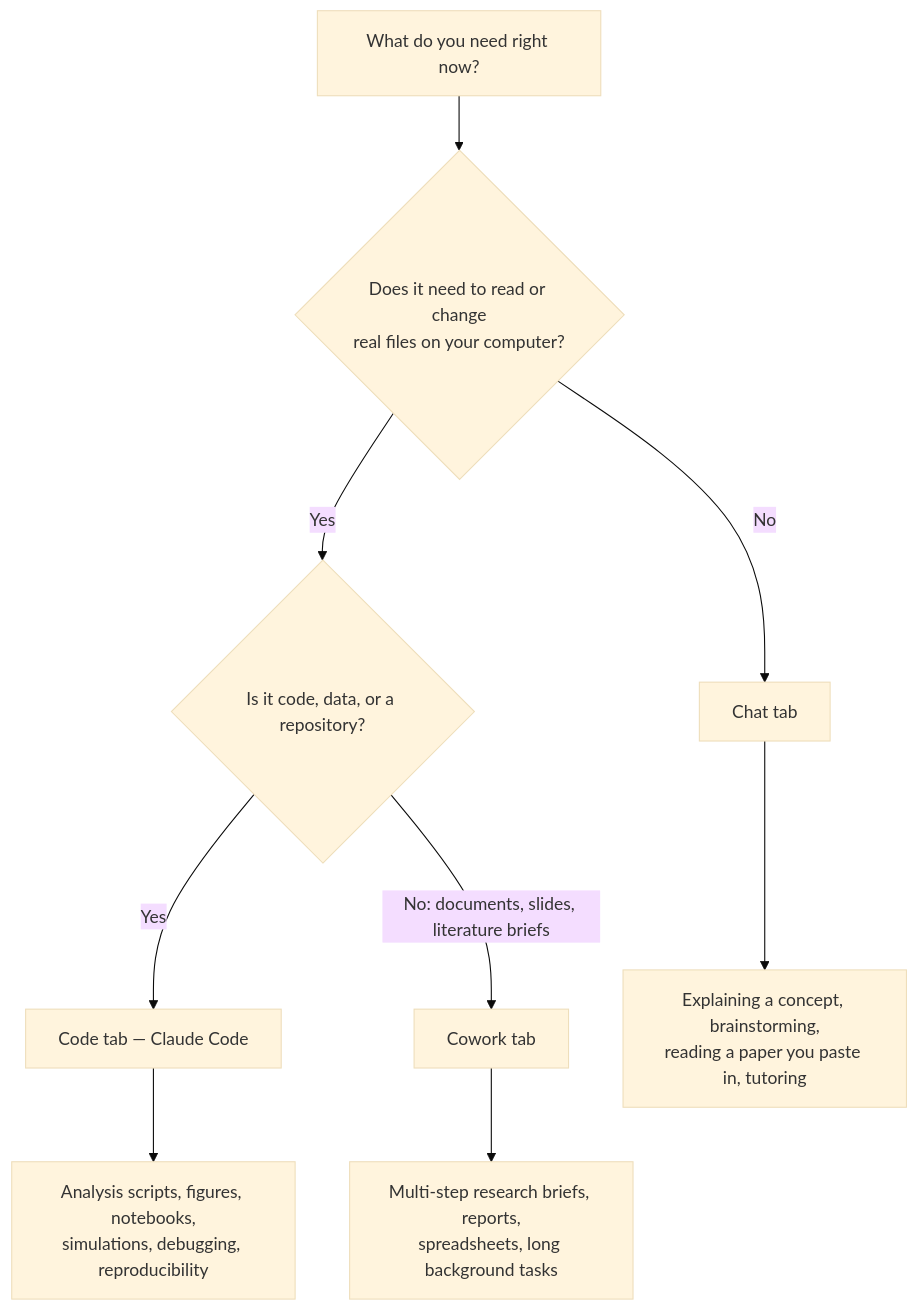
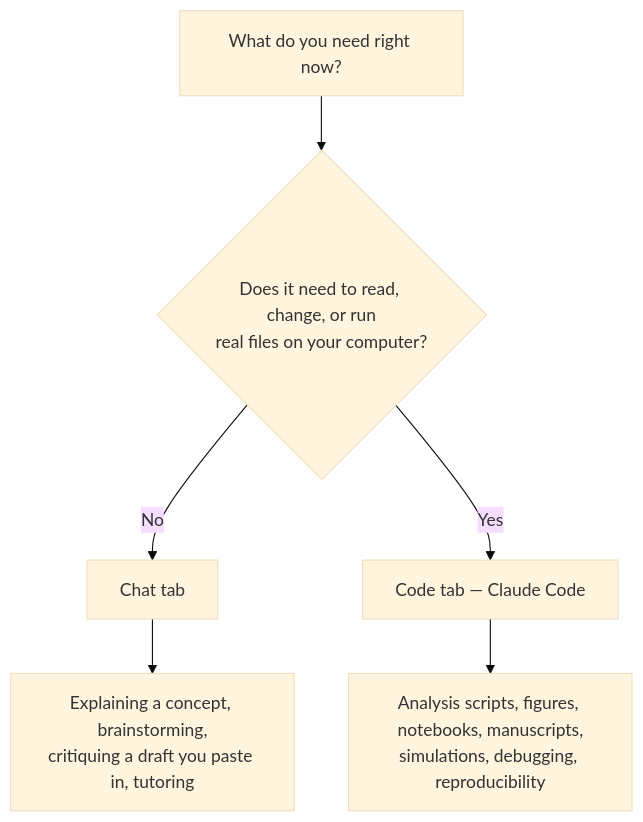
The first of 5 diagrams in Intro_to_Agentic_Workflows_for_Researchers/CLAUDE_CODE_FOR_RESEARCHERS.md (GDS-Education-Community-of-Practice/DSECOP), drawn with Mermaid (base theme) before and after one commit. The commit also changed other lines of this file and 2 other files, not shown here.

Commit message:
update to mention cowork in passing as it phased out

````diff
--- a/Intro_to_Agentic_Workflows_for_Researchers/CLAUDE_CODE_FOR_RESEARCHERS.md
+++ b/Intro_to_Agentic_Workflows_for_Researchers/CLAUDE_CODE_FOR_RESEARCHERS.md
@@ -74,11 +74,8 @@
 ```mermaid
 flowchart TD
-    Q["What do you need right now?"] --> A{"Does it need to read or change<br>real files on your computer?"}
+    Q["What do you need right now?"] --> A{"Does it need to read, change, or run<br>real files on your computer?"}
     A -- "No" --> C["Chat tab"]
-    A -- "Yes" --> D{"Is it code, data, or a repository?"}
-    D -- "Yes" --> E["Code tab — Claude Code"]
-    D -- "No: documents, slides, literature briefs" --> F["Cowork tab"]
-    C --> C1["Explaining a concept, brainstorming,<br>reading a paper you paste in, tutoring"]
-    E --> E1["Analysis scripts, figures, notebooks,<br>simulations, debugging, reproducibility"]
-    F --> F1["Multi-step research briefs, reports,<br>spreadsheets, long background tasks"]
+    A -- "Yes" --> E["Code tab — Claude Code"]
+    C --> C1["Explaining a concept, brainstorming,<br>critiquing a draft you paste in, tutoring"]
+    E --> E1["Analysis scripts, figures, notebooks, manuscripts,<br>simulations, debugging, reproducibility"]
 ```
````
